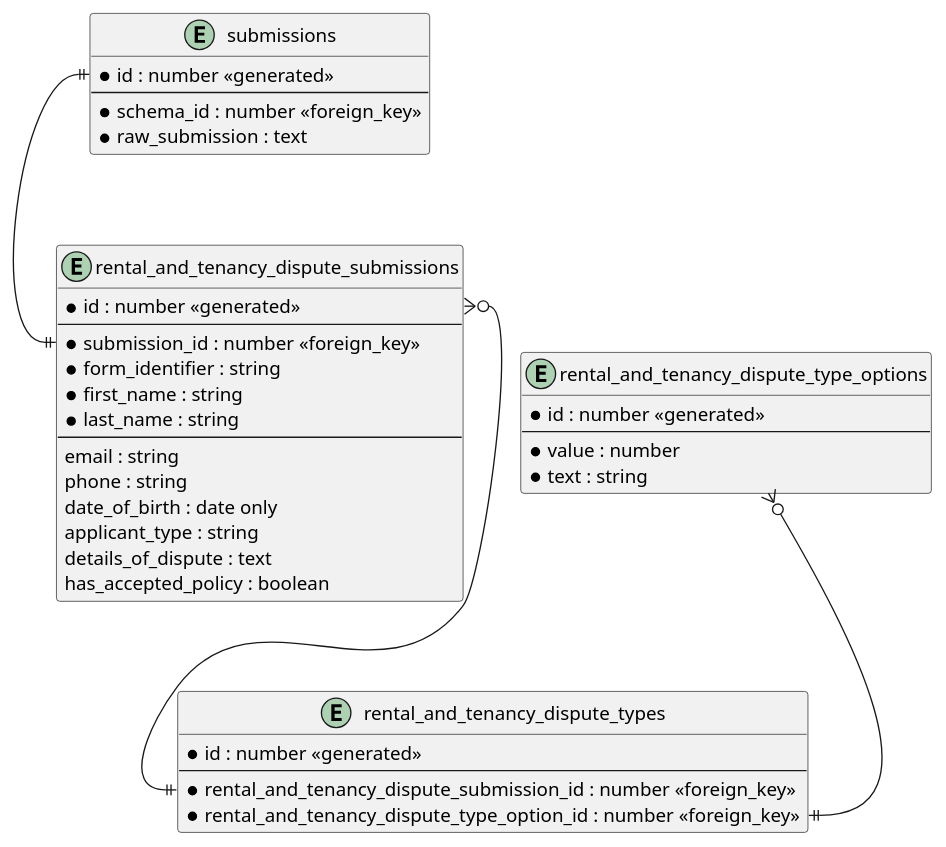
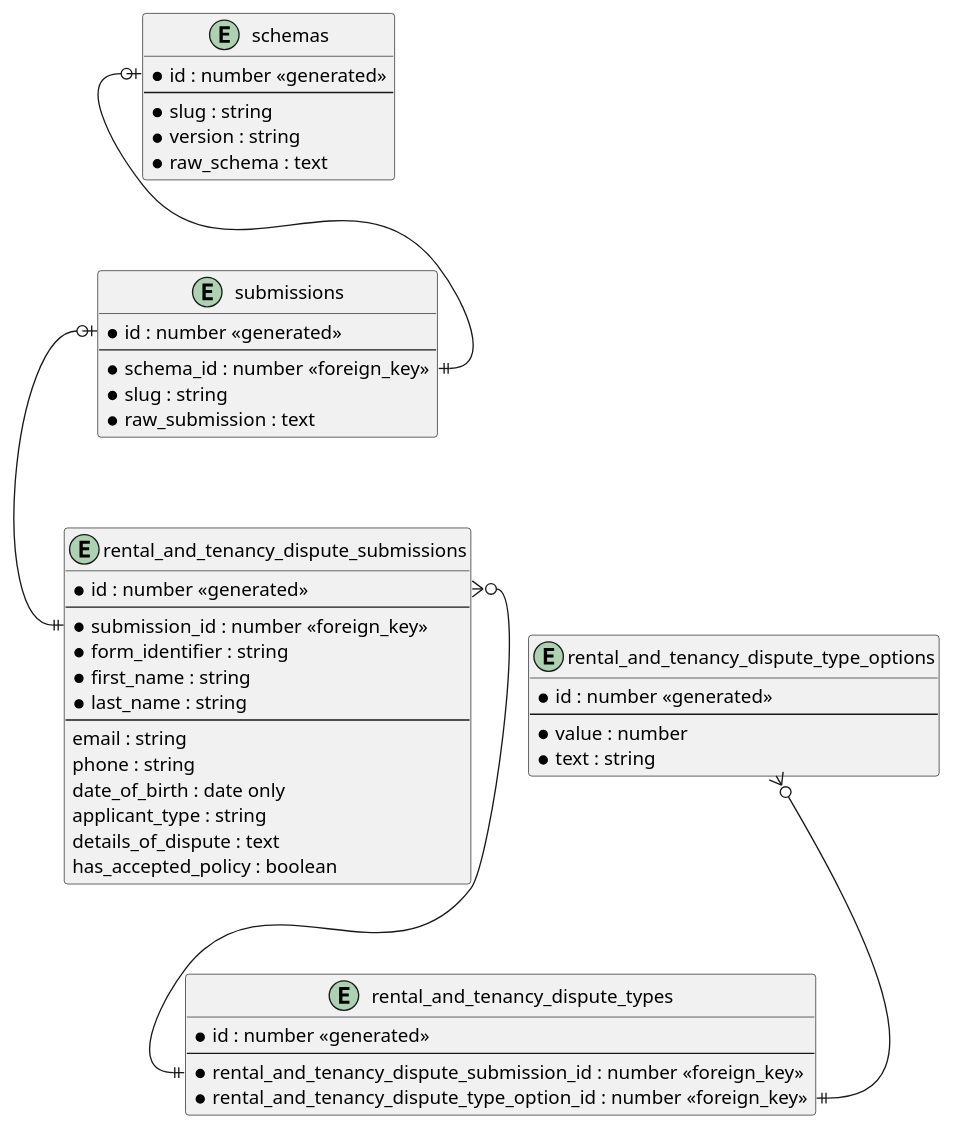
The diagram in Design/entity-relationship-modeling.wsd (klondikemarlen/legal-files-integration), drawn with PlantUML before and after one commit. The commit also changed 1 other file, not shown here.

Commit message:
:memo: Add schema to entity models.

```diff
--- a/Design/entity-relationship-modeling.wsd
+++ b/Design/entity-relationship-modeling.wsd
@@ -1,45 +1,56 @@
 @startuml
-' It will be important to link a submission with a schema
-' as schemas will change and the meaning of options will change
+' It is be important to link a submission with a schema
+' as schemas will change over time and the meaning of submission
+' options might be lost
+entity schemas {
+	*id : number <<generated>>
+	--
+	*slug : string
+	*version : string
+	*raw_schema : text
+}
+
 entity submissions {
 	*id : number <<generated>>
 	--
 	*schema_id : number <<foreign_key>>
+	*slug : string
 	*raw_submission : text
 }
 
 entity rental_and_tenancy_dispute_submissions {
 	*id : number <<generated>>
 	--
 	*submission_id : number <<foreign_key>>
 	*form_identifier : string
 	*first_name : string
 	*last_name : string
 	--
 	email : string
 	phone : string
 	date_of_birth : date only
 	applicant_type : string
 	details_of_dispute : text
 	has_accepted_policy : boolean
 }
 
 entity rental_and_tenancy_dispute_types {
 	*id : number <<generated>>
 	--
 	* rental_and_tenancy_dispute_submission_id : number <<foreign_key>>
 	* rental_and_tenancy_dispute_type_option_id : number <<foreign_key>>
 }
 
 entity rental_and_tenancy_dispute_type_options {
 	*id : number <<generated>>
 	--
 	* value : number
 	* text : string
 }
 
-submissions::id ||--|| rental_and_tenancy_dispute_submissions::submission_id
+schemas::id |o--|| submissions::schema_id
+submissions::id |o--|| rental_and_tenancy_dispute_submissions::submission_id
 rental_and_tenancy_dispute_submissions::id }o--|| rental_and_tenancy_dispute_types::rental_and_tenancy_dispute_submission_id
 rental_and_tenancy_dispute_type_options }o--|| rental_and_tenancy_dispute_types::rental_and_tenancy_dispute_type_option_id
 
 @enduml
```
